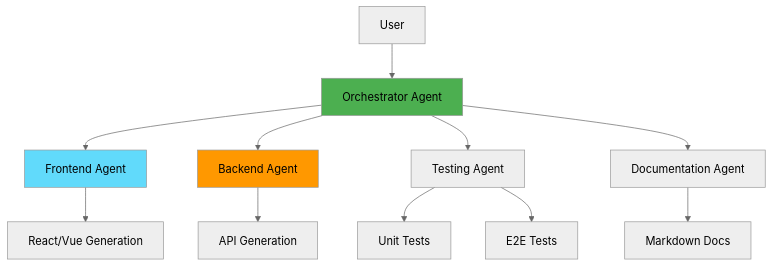
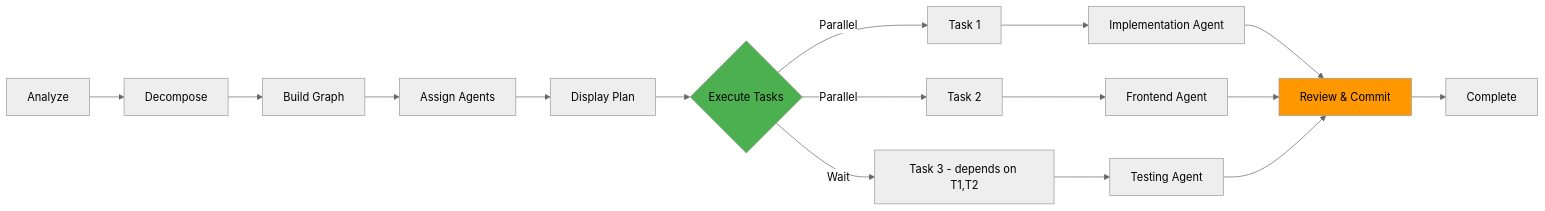
The tenth of 10 diagrams in DOCS/ARCHITECTURE.md (devmatrix-ai/devmatrix-mvp), drawn with Mermaid (neutral theme) before and after one commit. The commit also changed other lines of this file and 30 other files, not shown here.

````diff
--- a/DOCS/ARCHITECTURE.md
+++ b/DOCS/ARCHITECTURE.md
@@ -526,18 +852,25 @@
 ```mermaid
-graph TB
-    User[User] --> Orch[Orchestrator Agent]
-    Orch --> FE[Frontend Agent]
-    Orch --> BE[Backend Agent]
-    Orch --> Test[Testing Agent]
-    Orch --> Doc[Documentation Agent]
+graph LR
+    A[Analyze] --> D[Decompose]
+    D --> G[Build Graph]
+    G --> Assign[Assign Agents]
+    Assign --> Plan[Display Plan]
+    Plan --> Exec{Execute Tasks}
 
-    FE --> React[React/Vue Generation]
-    BE --> API[API Generation]
-    Test --> Unit[Unit Tests]
-    Test --> E2E[E2E Tests]
-    Doc --> MD[Markdown Docs]
+    Exec -->|Parallel| T1[Task 1]
+    Exec -->|Parallel| T2[Task 2]
+    Exec -->|Wait| T3[Task 3 - depends on T1,T2]
 
-    style Orch fill:#4CAF50
-    style FE fill:#61DAFB
-    style BE fill:#FF9800
+    T1 --> Impl1[Implementation Agent]
+    T2 --> FE1[Frontend Agent]
+    T3 --> Test1[Testing Agent]
+
+    Impl1 --> Review[Review & Commit]
+    FE1 --> Review
+    Test1 --> Review
+
+    Review --> Complete[Complete]
+
+    style Exec fill:#4CAF50
+    style Review fill:#FF9800
 ```
````
